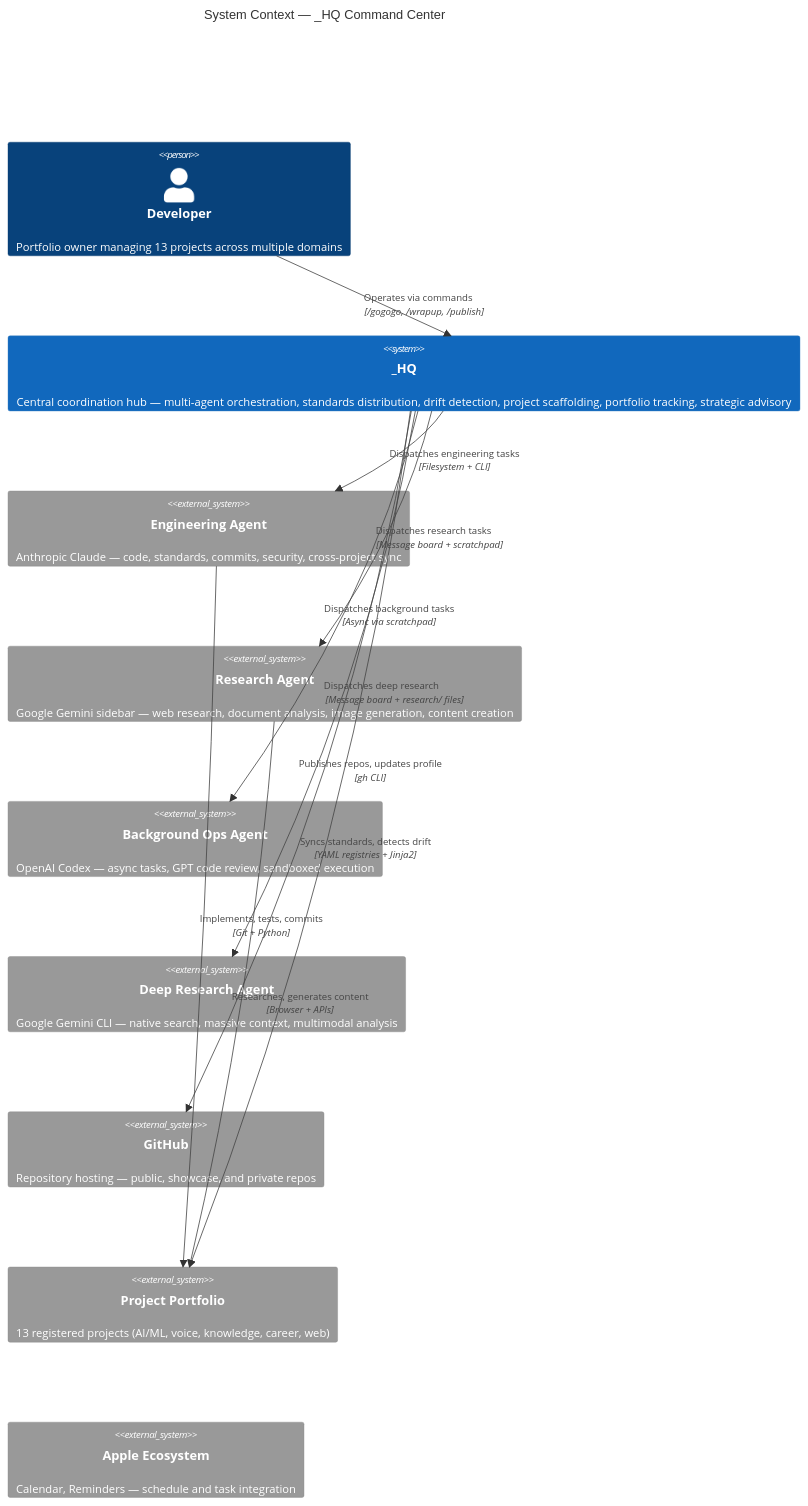
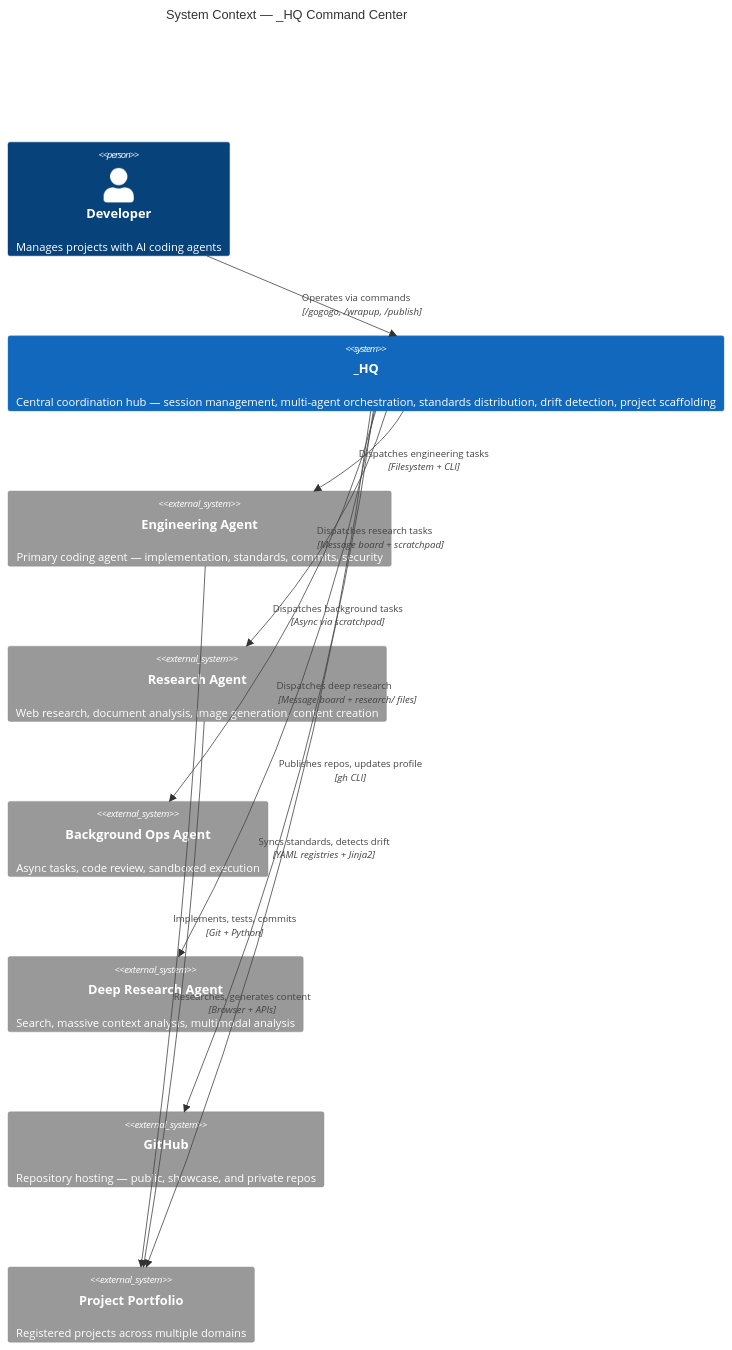
The first of 6 diagrams in ARCHITECTURE.md (TJ-Neary/HQ-Command-Center), drawn with Mermaid before and after one commit. The commit also changed other lines of this file and 7 other files, not shown here.

First line of the commit message:
feat: Phase 1 — session management framework with getting started guide

````diff
--- a/ARCHITECTURE.md
+++ b/ARCHITECTURE.md
@@ -12,26 +12,25 @@
 ```mermaid
 C4Context
     title System Context — _HQ Command Center
 
-    Person(dev, "Developer", "Portfolio owner managing 13 projects across multiple domains")
+    Person(dev, "Developer", "Manages projects with AI coding agents")
 
-    System(hq, "_HQ", "Central coordination hub — multi-agent orchestration, standards distribution, drift detection, project scaffolding, portfolio tracking, strategic advisory")
+    System(hq, "_HQ", "Central coordination hub — session management, multi-agent orchestration, standards distribution, drift detection, project scaffolding")
 
-    System_Ext(eng, "Engineering Agent", "Anthropic Claude — code, standards, commits, security, cross-project sync")
-    System_Ext(res, "Research Agent", "Google Gemini sidebar — web research, document analysis, image generation, content creation")
-    System_Ext(bg, "Background Ops Agent", "OpenAI Codex — async tasks, GPT code review, sandboxed execution")
-    System_Ext(deep, "Deep Research Agent", "Google Gemini CLI — native search, massive context, multimodal analysis")
+    System_Ext(eng, "Engineering Agent", "Primary coding agent — implementation, standards, commits, security")
+    System_Ext(res, "Research Agent", "Web research, document analysis, image generation, content creation")
+    System_Ext(bg, "Background Ops Agent", "Async tasks, code review, sandboxed execution")
+    System_Ext(deep, "Deep Research Agent", "Search, massive context analysis, multimodal analysis")
     System_Ext(github, "GitHub", "Repository hosting — public, showcase, and private repos")
-    System_Ext(projects, "Project Portfolio", "13 registered projects (AI/ML, voice, knowledge, career, web)")
-    System_Ext(apple, "Apple Ecosystem", "Calendar, Reminders — schedule and task integration")
+    System_Ext(projects, "Project Portfolio", "Registered projects across multiple domains")
 
     Rel(dev, hq, "Operates via commands", "/gogogo, /wrapup, /publish")
     Rel(hq, eng, "Dispatches engineering tasks", "Filesystem + CLI")
     Rel(hq, res, "Dispatches research tasks", "Message board + scratchpad")
     Rel(hq, bg, "Dispatches background tasks", "Async via scratchpad")
     Rel(hq, deep, "Dispatches deep research", "Message board + research/ files")
     Rel(hq, github, "Publishes repos, updates profile", "gh CLI")
     Rel(hq, projects, "Syncs standards, detects drift", "YAML registries + Jinja2")
     Rel(eng, projects, "Implements, tests, commits", "Git + Python")
     Rel(res, projects, "Researches, generates content", "Browser + APIs")
 ```
````
